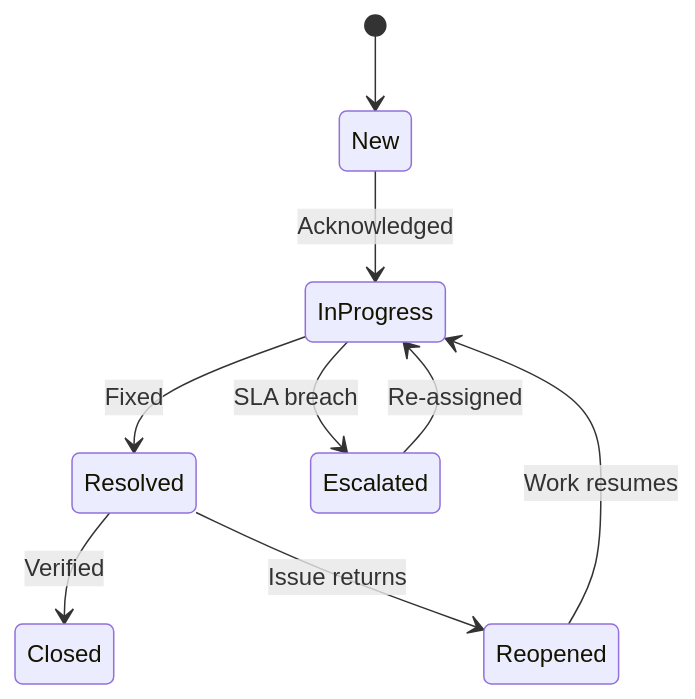
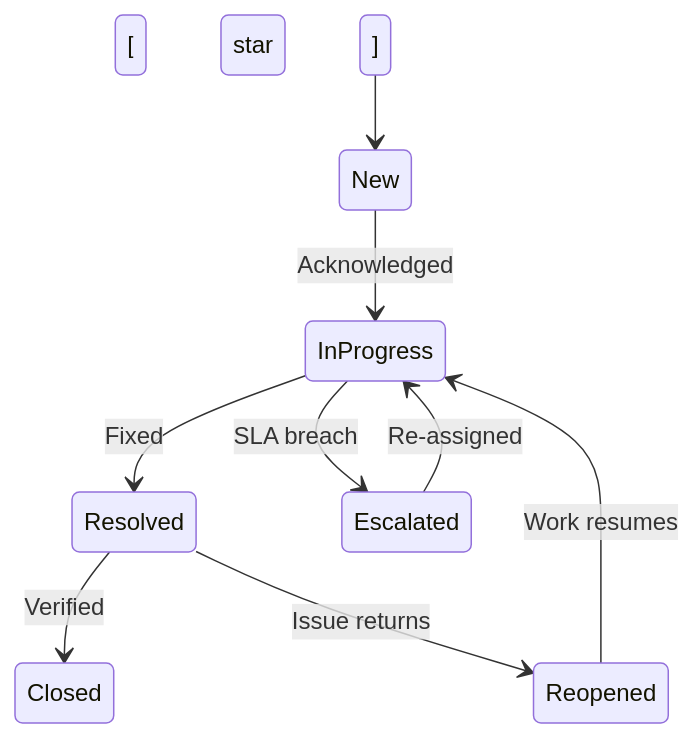
One commit to eltonaguiar/ServiceNow_Learning_TSOM-_CSM_FSM_SalesCRM_HAM_ITSM changed the fifth of 5 diagrams in docs/modules/itom/itom-guide.md. Above: the diagram before and after it, drawn with Mermaid. The commit also changed other lines of this file and 19 other files, not shown here.

Commit message:
Fix all Mermaid diagram special characters - replace dollar, parens, slashes, quotes, pipes, nested brackets and other unsafe chars inside brackets with safe alternatives across 19 files

````diff
--- a/docs/modules/itom/itom-guide.md
+++ b/docs/modules/itom/itom-guide.md
@@ -608,11 +608,11 @@
 ```mermaid
 stateDiagram-v2
-    [*] --> New
+    [ star ] --> New
     New --> InProgress: Acknowledged
     InProgress --> Resolved: Fixed
     Resolved --> Closed: Verified
     InProgress --> Escalated: SLA breach
     Escalated --> InProgress: Re-assigned
     Resolved --> Reopened: Issue returns
     Reopened --> InProgress: Work resumes
 ```
````
